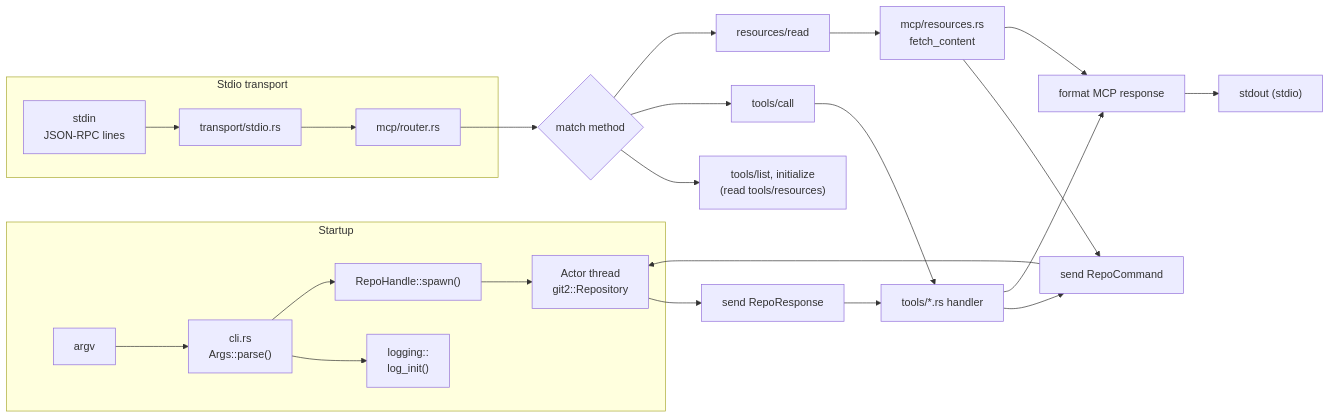
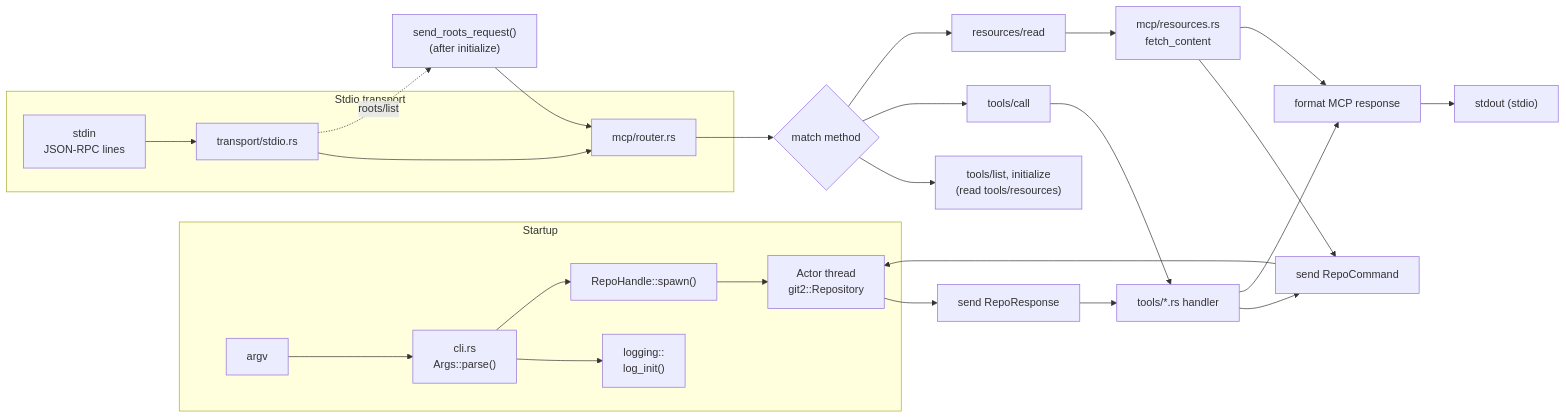
One commit to pritam12426/gitforge changed the fourth of 7 diagrams in DEV_IN_DEPTH.md. Above: the diagram before and after it, drawn with Mermaid. The commit also changed other lines of this file and 3 other files, not shown here.

````diff
--- a/DEV_IN_DEPTH.md
+++ b/DEV_IN_DEPTH.md
@@ -604,33 +750,36 @@
 ```mermaid
 flowchart LR
     subgraph Input["Startup"]
         A["argv"] --> B["cli.rs<br/>Args::parse()"]
         B --> C["logging::<br/>log_init()"]
         B --> D["RepoHandle::spawn()"]
         D --> E["</> Actor thread<br/>git2::Repository"]
     end
 
     subgraph Stdio["Stdio transport"]
         F["stdin<br/>JSON-RPC lines"] --> G["transport/stdio.rs"]
         G --> H["mcp/router.rs"]
     end
 
     H --> L{"match method"}
     L --> M["tools/list, initialize<br/>(read tools/resources)"]
     L --> N["tools/call"]
     L --> O["resources/read"]
 
     N --> P["tools/*.rs handler"]
     P --> Q["send RepoCommand"]
     Q --> E
     E --> R["send RepoResponse"]
     R --> P
 
     O --> S["mcp/resources.rs<br/>fetch_content"]
     S --> Q
 
     P --> T["format MCP response"]
     S --> T
 
     T --> U["stdout (stdio)"]
+
+    G -.->|"roots/list"| V["send_roots_request()<br/>(after initialize)"]
+    V --> H
 ```
````
